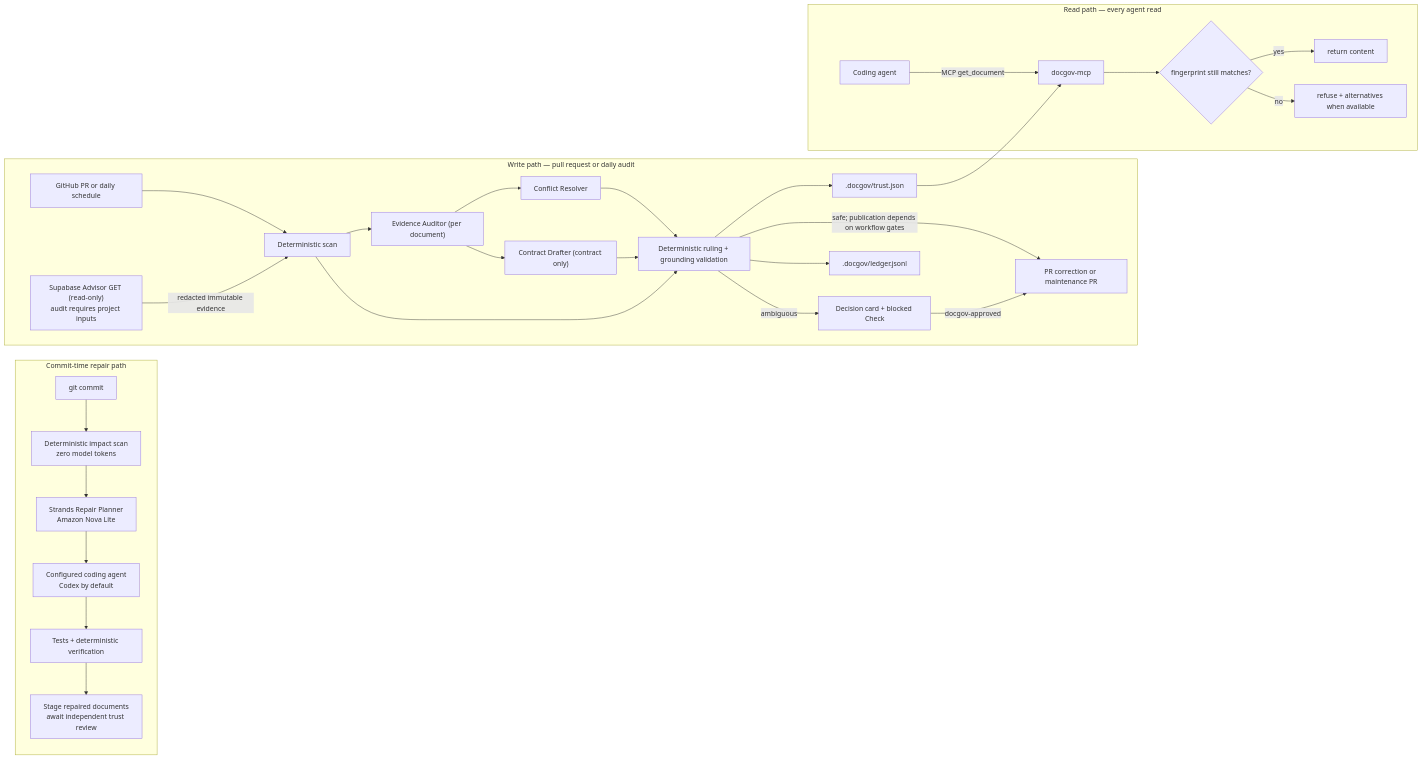
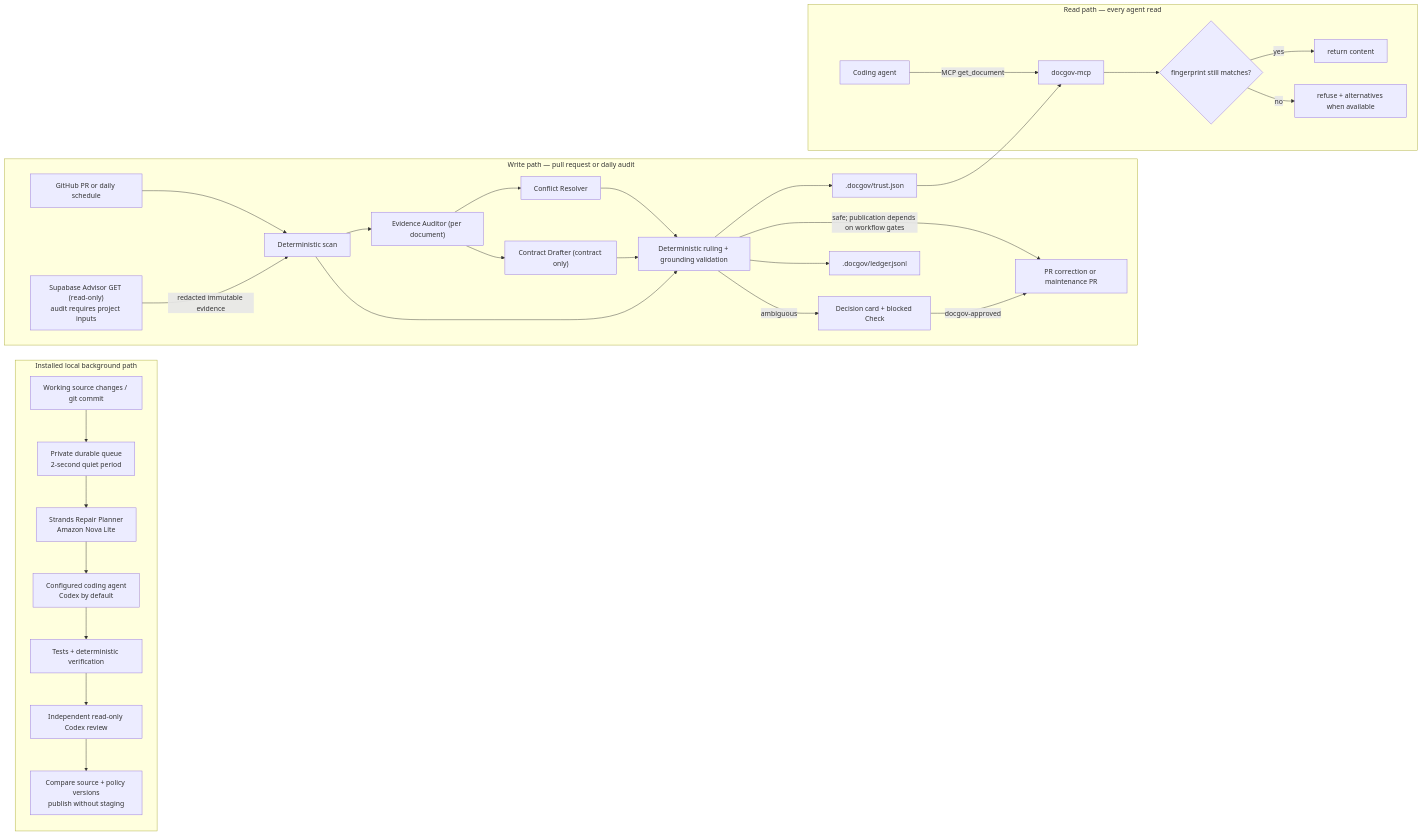
Before and after one commit to SophieYu04/doc-governor-strands: the diagram in README.md, drawn with Mermaid. The commit also changed other lines of this file and 33 other files, not shown here.

````diff
--- a/README.md
+++ b/README.md
@@ -390,32 +426,33 @@
 ```mermaid
 flowchart LR
-  subgraph REPAIR["Commit-time repair path"]
-    C0["git commit"] --> I["Deterministic impact scan<br/>zero model tokens"]
+  subgraph REPAIR["Installed local background path"]
+    C0["Working source changes / git commit"] --> I["Private durable queue<br/>2-second quiet period"]
     I --> RP["Strands Repair Planner<br/>Amazon Nova Lite"]
     RP --> CE["Configured coding agent<br/>Codex by default"]
     CE --> V["Tests + deterministic verification"]
-    V --> ST["Stage repaired documents<br/>await independent trust review"]
+    V --> IR["Independent read-only Codex review"]
+    IR --> ST["Compare source + policy versions<br/>publish without staging"]
   end
   subgraph WRITE["Write path — pull request or daily audit"]
     A["GitHub PR or daily schedule"] --> B["Deterministic scan"]
     S["Supabase Advisor GET (read-only)<br/>audit requires project inputs"] -->|"redacted immutable evidence"| B
     B --> G1["Evidence Auditor (per document)"]
     G1 --> G2["Conflict Resolver"]
     G1 --> G3["Contract Drafter (contract only)"]
     G2 --> E["Deterministic ruling + grounding validation"]
     G3 --> E
     B --> E
     E -->|"safe; publication depends on workflow gates"| F["PR correction or maintenance PR"]
     E -->|"ambiguous"| DC["Decision card + blocked Check"]
     DC -->|"docgov-approved"| F
     E --> TJ[".docgov/trust.json"]
     E --> H[".docgov/ledger.jsonl"]
   end
   subgraph READ["Read path — every agent read"]
     X["Coding agent"] -->|"MCP get_document"| M["docgov-mcp"]
     TJ --> M
     M --> RC{"fingerprint still matches?"}
     RC -->|"yes"| OK["return content"]
     RC -->|"no"| NO["refuse + alternatives when available"]
   end
 ```
````
